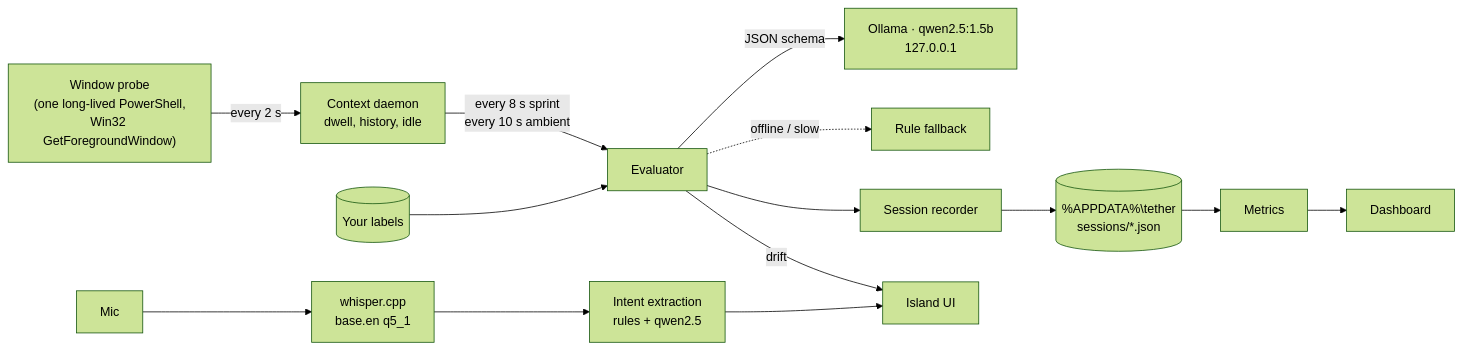
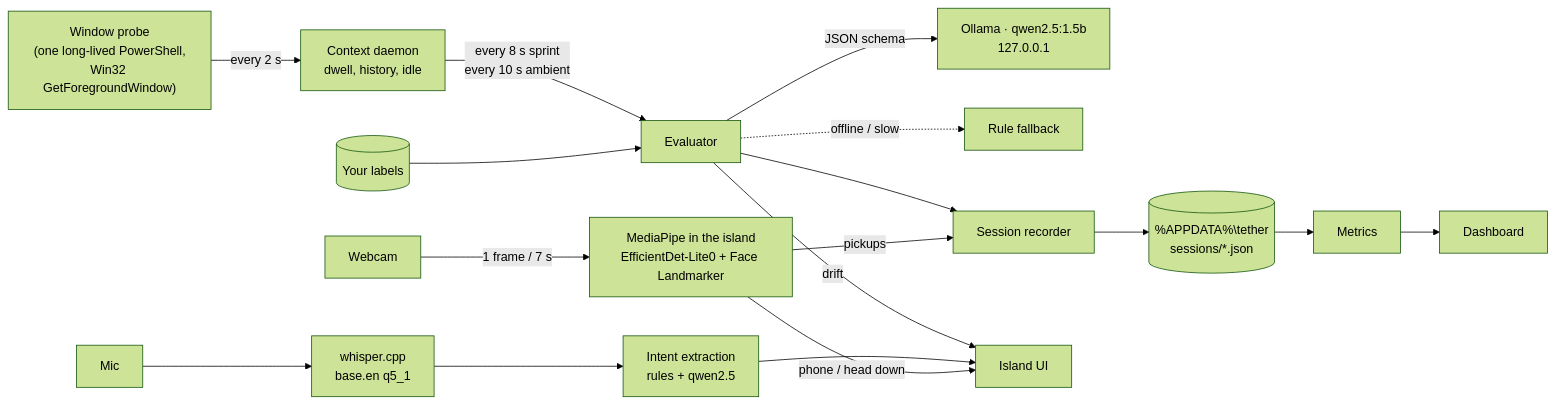
Before and after one commit to Nathan-Dow/Tether: the diagram in README.md, drawn with Mermaid (forest theme). The commit also changed other lines of this file and 1 other file, not shown here.

````diff
--- a/README.md
+++ b/README.md
@@ -54,12 +62,14 @@
 ```mermaid
 flowchart LR
   P["Window probe<br/>(one long-lived PowerShell,<br/>Win32 GetForegroundWindow)"] -->|every 2 s| D[Context daemon<br/>dwell, history, idle]
   D -->|every 8 s sprint<br/>every 10 s ambient| E[Evaluator]
   L[(Your labels)] --> E
   E -->|JSON schema| O["Ollama · qwen2.5:1.5b<br/>127.0.0.1"]
   E -. offline / slow .-> H[Rule fallback]
   E --> R[Session recorder] --> S[("%APPDATA%\tether<br/>sessions/*.json")]
   E -->|drift| I[Island UI]
   M[Mic] --> W["whisper.cpp<br/>base.en q5_1"] --> X[Intent extraction<br/>rules + qwen2.5] --> I
+  C[Webcam] -->|1 frame / 7 s| V["MediaPipe in the island<br/>EfficientDet-Lite0 + Face Landmarker"] -->|phone / head down| I
+  V -->|pickups| R
   S --> A[Metrics] --> DB[Dashboard]
 ```
````
